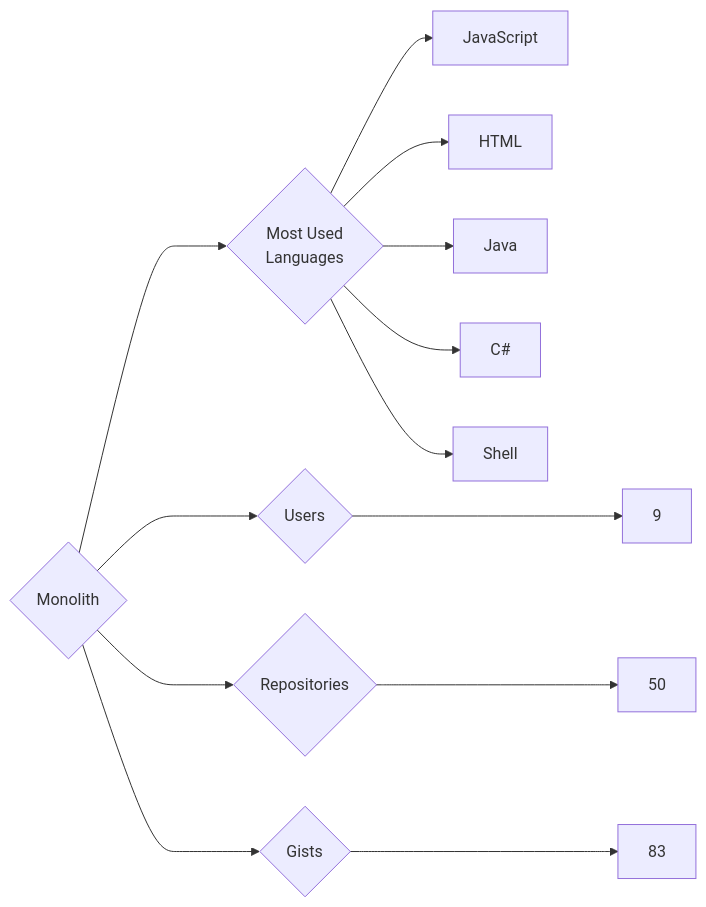
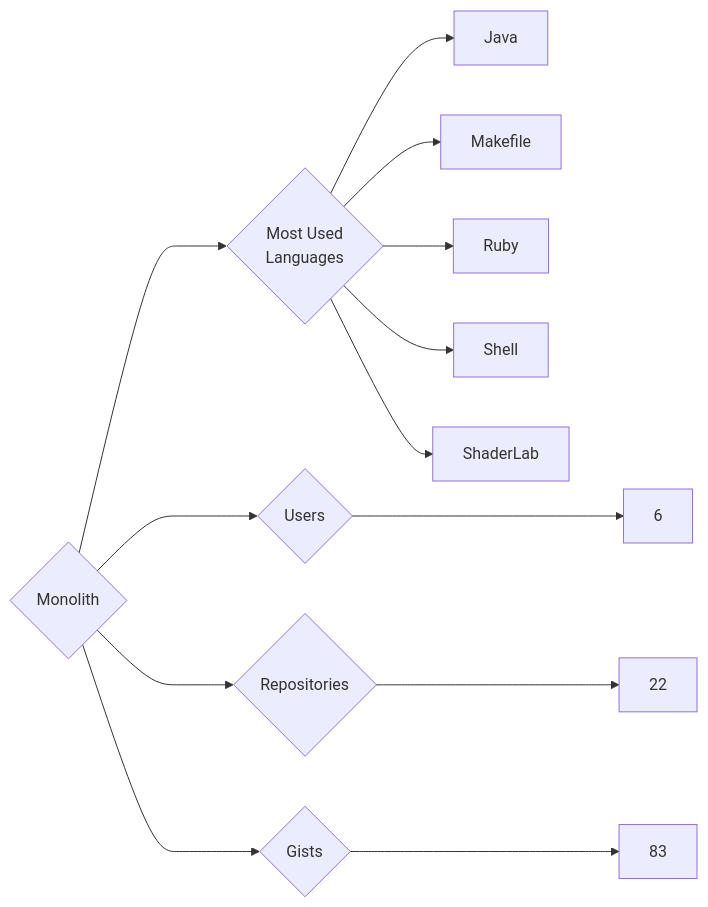
One commit to trickest/insiders changed the diagram in targets/Monolith/README.md. Above: the diagram before and after it, drawn with Mermaid. The commit also changed 1248 other files, not shown here.

````diff
--- a/targets/Monolith/README.md
+++ b/targets/Monolith/README.md
@@ -3,13 +3,13 @@
 ```mermaid
 graph LR
 COMPANY_NAME{Monolith}
-COMPANY_NAME ---> U{Users} ---> UN[9]
-COMPANY_NAME ---> R{Repositories} ---> RN[50]
+COMPANY_NAME ---> U{Users} ---> UN[6]
+COMPANY_NAME ---> R{Repositories} ---> RN[22]
 COMPANY_NAME ---> G{Gists} ---> GN[83]
 COMPANY_NAME ---> ML{Most Used<br>Languages}
-ML --> JavaScript[JavaScript]
-ML --> HTML[HTML]
 ML --> Java[Java]
-ML --> C#[C#]
+ML --> Makefile[Makefile]
+ML --> Ruby[Ruby]
 ML --> Shell[Shell]
+ML --> ShaderLab[ShaderLab]
 ```
````
